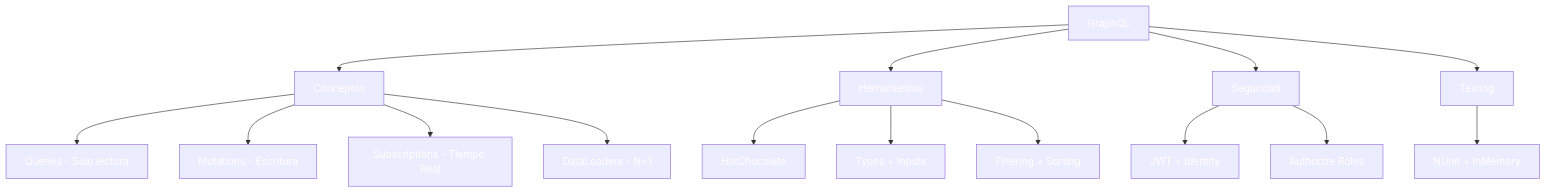
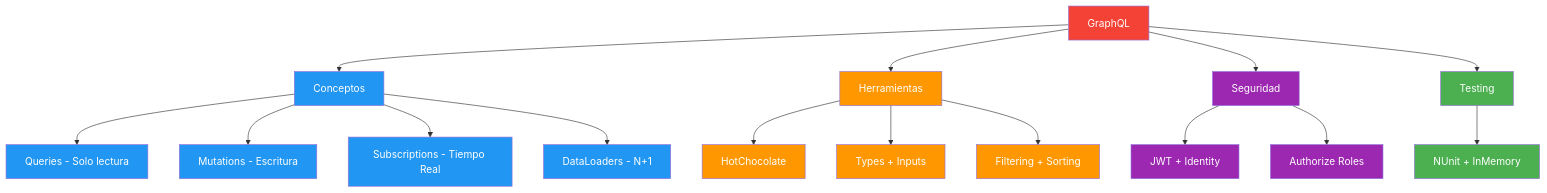
The tenth of 10 diagrams in 19-graphql.md (joseluisgs/DesarrolloWebEntornosServidor-02-2026-2027), drawn with Mermaid before and after one commit. The commit also changed other lines of this file and 29 other files, not shown here.

Commit message:
docs: corregir estilos Mermaid y estilo, quitar referencias a la Tienda y reestructurar los retos 13 y 15

````diff
--- a/19-graphql.md
+++ b/19-graphql.md
@@ -1452,37 +1452,37 @@
 ```mermaid
 graph TD
     GQL[GraphQL] --> CONCEPTOS[Conceptos]
     GQL --> TOOLS[Herramientas]
     GQL --> SECURITY[Seguridad]
     GQL --> TEST[Testing]
 
     CONCEPTOS --> QRY[Queries - Solo lectura]
     CONCEPTOS --> MUT[Mutations - Escritura]
     CONCEPTOS --> SUB[Subscriptions - Tiempo Real]
     CONCEPTOS --> DL[DataLoaders - N+1]
 
     TOOLS --> HC[HotChocolate]
     TOOLS --> TYPES[Types + Inputs]
     TOOLS --> FILTERS[Filtering + Sorting]
 
     SECURITY --> JWT[JWT + Identity]
     SECURITY --> AUTH[Authorize Roles]
 
     TEST --> NUNIT[NUnit + InMemory]
 
-    style GQL fill:#f4433,color:#fff6,color:#fff
-    style CONCEPTOS fill:#2196F,color:#fff3,color:#fff
-    style TOOLS fill:#FF980,color:#fff0,color:#fff
-    style SECURITY fill:#9C27B,color:#fff0,color:#fff
-    style TEST fill:#4CAF5,color:#fff0,color:#fff
-    style QRY fill:#2196F,color:#fff3,color:#fff
-    style MUT fill:#2196F,color:#fff3,color:#fff
-    style SUB fill:#2196F,color:#fff3,color:#fff
-    style DL fill:#2196F,color:#fff3,color:#fff
-    style HC fill:#FF980,color:#fff0,color:#fff
-    style TYPES fill:#FF980,color:#fff0,color:#fff
-    style FILTERS fill:#FF980,color:#fff0,color:#fff
-    style JWT fill:#9C27B,color:#fff0,color:#fff
-    style AUTH fill:#9C27B,color:#fff0,color:#fff
-    style NUNIT fill:#4CAF5,color:#fff0,color:#fff
+    style GQL fill:#f44336,color:#fff
+    style CONCEPTOS fill:#2196F3,color:#fff
+    style TOOLS fill:#FF9800,color:#fff
+    style SECURITY fill:#9C27B0,color:#fff
+    style TEST fill:#4CAF50,color:#fff
+    style QRY fill:#2196F3,color:#fff
+    style MUT fill:#2196F3,color:#fff
+    style SUB fill:#2196F3,color:#fff
+    style DL fill:#2196F3,color:#fff
+    style HC fill:#FF9800,color:#fff
+    style TYPES fill:#FF9800,color:#fff
+    style FILTERS fill:#FF9800,color:#fff
+    style JWT fill:#9C27B0,color:#fff
+    style AUTH fill:#9C27B0,color:#fff
+    style NUNIT fill:#4CAF50,color:#fff
 ```
````
